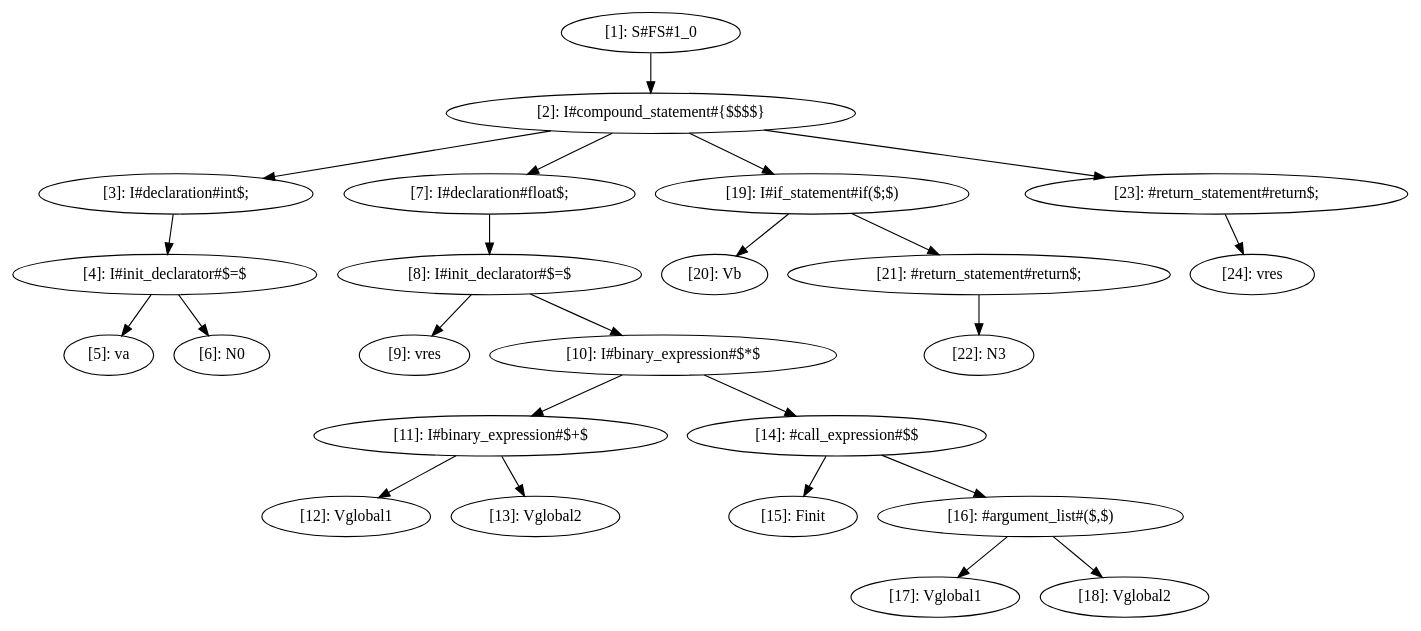
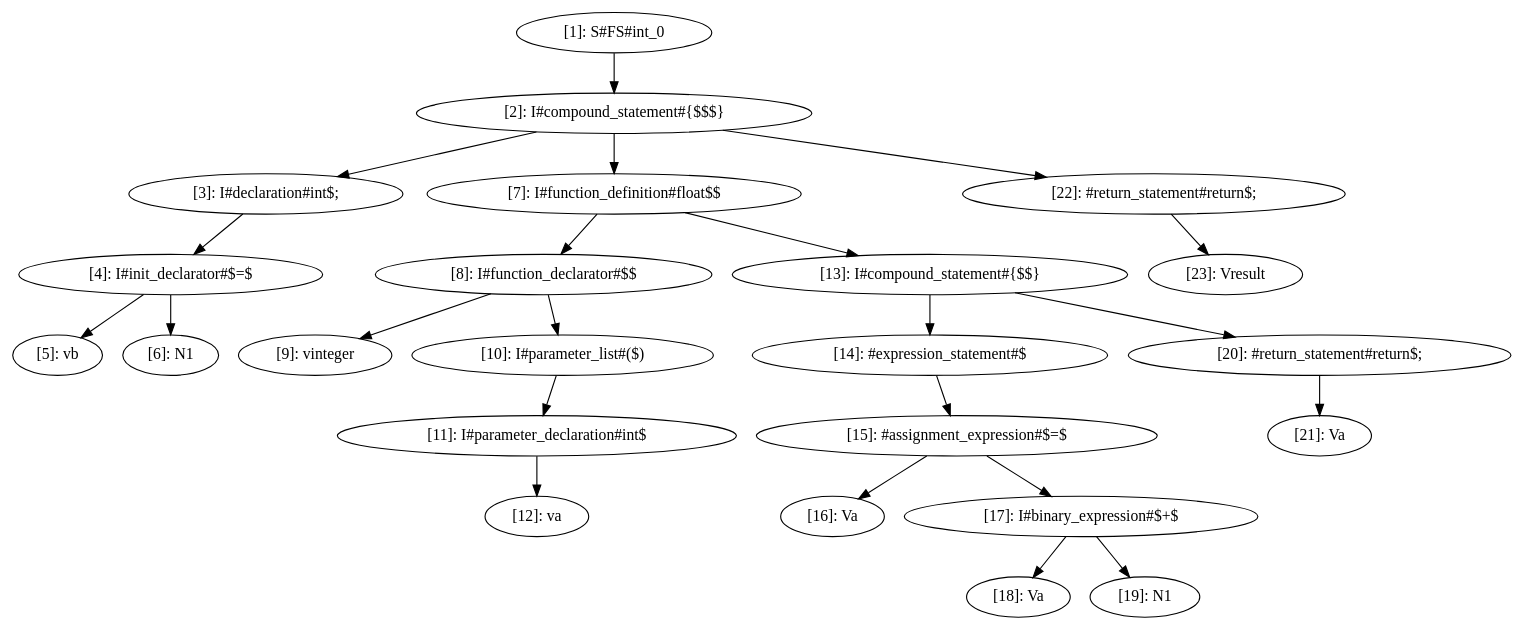
The diagram in cass.dot (deryaerman/DIA-System-DS-Plagiarism-Checker-GIT), drawn with Graphviz before and after one commit. The commit also changed 14 other files, not shown here.

```diff
--- a/cass.dot
+++ b/cass.dot
@@ -1,50 +1,48 @@
 digraph CASS {
   node [shape=ellipse];
-  n1 [label="[1]: S#FS#1_0"];
-  n2 [label="[2]: I#compound_statement#{$$$$}"];
+  n1 [label="[1]: S#FS#int_0"];
+  n2 [label="[2]: I#compound_statement#{$$$}"];
   n3 [label="[3]: I#declaration#int$;"];
   n4 [label="[4]: I#init_declarator#$=$"];
-  n5 [label="[5]: va"];
-  n6 [label="[6]: N0"];
-  n7 [label="[7]: I#declaration#float$;"];
-  n8 [label="[8]: I#init_declarator#$=$"];
-  n9 [label="[9]: vres"];
-  n10 [label="[10]: I#binary_expression#$*$"];
-  n11 [label="[11]: I#binary_expression#$+$"];
-  n12 [label="[12]: Vglobal1"];
-  n13 [label="[13]: Vglobal2"];
-  n14 [label="[14]: #call_expression#$$"];
-  n15 [label="[15]: Finit"];
-  n16 [label="[16]: #argument_list#($,$)"];
-  n17 [label="[17]: Vglobal1"];
-  n18 [label="[18]: Vglobal2"];
-  n19 [label="[19]: I#if_statement#if($;$)"];
-  n20 [label="[20]: Vb"];
-  n21 [label="[21]: #return_statement#return$;"];
-  n22 [label="[22]: N3"];
-  n23 [label="[23]: #return_statement#return$;"];
-  n24 [label="[24]: vres"];
+  n5 [label="[5]: vb"];
+  n6 [label="[6]: N1"];
+  n7 [label="[7]: I#function_definition#float$$"];
+  n8 [label="[8]: I#function_declarator#$$"];
+  n9 [label="[9]: vinteger"];
+  n10 [label="[10]: I#parameter_list#($)"];
+  n11 [label="[11]: I#parameter_declaration#int$"];
+  n12 [label="[12]: va"];
+  n13 [label="[13]: I#compound_statement#{$$}"];
+  n14 [label="[14]: #expression_statement#$"];
+  n15 [label="[15]: #assignment_expression#$=$"];
+  n16 [label="[16]: Va"];
+  n17 [label="[17]: I#binary_expression#$+$"];
+  n18 [label="[18]: Va"];
+  n19 [label="[19]: N1"];
+  n20 [label="[20]: #return_statement#return$;"];
+  n21 [label="[21]: Va"];
+  n22 [label="[22]: #return_statement#return$;"];
+  n23 [label="[23]: Vresult"];
   n1 -> n2;
   n2 -> n3;
   n3 -> n4;
   n4 -> n5;
   n4 -> n6;
   n2 -> n7;
   n7 -> n8;
   n8 -> n9;
   n8 -> n10;
   n10 -> n11;
   n11 -> n12;
-  n11 -> n13;
-  n10 -> n14;
+  n7 -> n13;
+  n13 -> n14;
   n14 -> n15;
-  n14 -> n16;
-  n16 -> n17;
-  n16 -> n18;
-  n2 -> n19;
-  n19 -> n20;
-  n19 -> n21;
-  n21 -> n22;
-  n2 -> n23;
-  n23 -> n24;
+  n15 -> n16;
+  n15 -> n17;
+  n17 -> n18;
+  n17 -> n19;
+  n13 -> n20;
+  n20 -> n21;
+  n2 -> n22;
+  n22 -> n23;
 }
```
